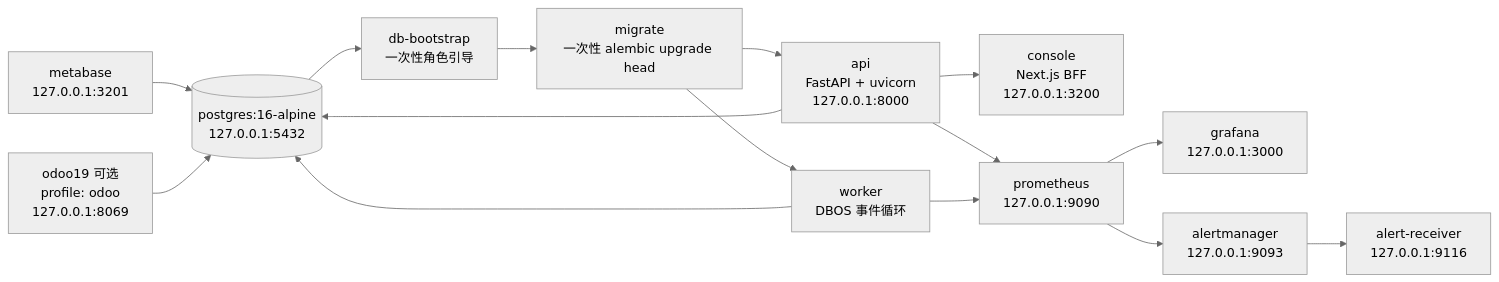
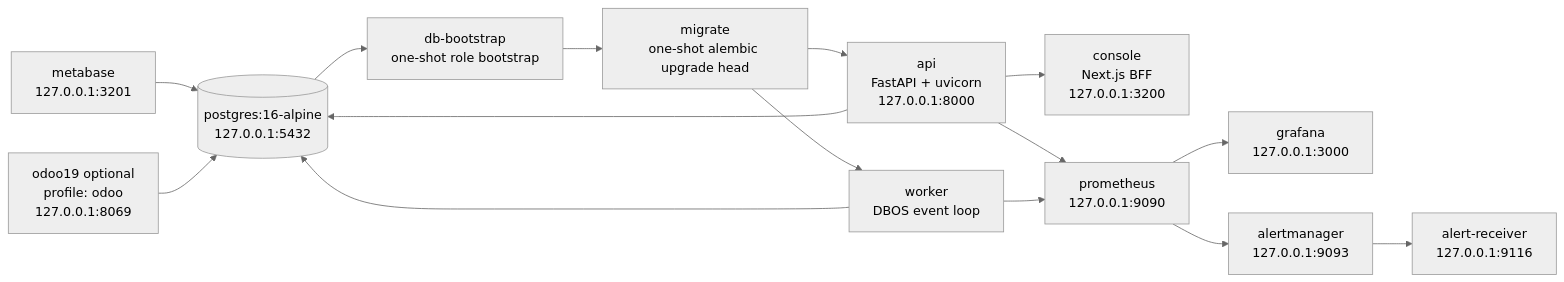
The diagram in infra/README.md (ratiolin/commerce-orchestrator), drawn with Mermaid (neutral theme) before and after one commit. The commit also changed other lines of this file and 4 other files, not shown here.

````diff
--- a/infra/README.md
+++ b/infra/README.md
@@ -27,28 +27,28 @@
 ```mermaid
 flowchart LR
     PG[(postgres:16-alpine\n127.0.0.1:5432)]
-    DBB[db-bootstrap\n一次性角色引导]
-    MIG[migrate\n一次性 alembic upgrade head]
+    DBB[db-bootstrap\none-shot role bootstrap]
+    MIG[migrate\none-shot alembic upgrade head]
     API[api\nFastAPI + uvicorn\n127.0.0.1:8000]
-    WK[worker\nDBOS 事件循环]
+    WK[worker\nDBOS event loop]
     CON[console\nNext.js BFF\n127.0.0.1:3200]
     PRO[prometheus\n127.0.0.1:9090]
     GRA[grafana\n127.0.0.1:3000]
     AM[alertmanager\n127.0.0.1:9093]
     AR[alert-receiver\n127.0.0.1:9116]
     MB[metabase\n127.0.0.1:3201]
-    OD[odoo19 可选\nprofile: odoo\n127.0.0.1:8069]
+    OD[odoo19 optional\nprofile: odoo\n127.0.0.1:8069]
 
     PG --> DBB --> MIG
     MIG --> API
     MIG --> WK
     API --> PG
     WK --> PG
     API --> CON
     API --> PRO
     WK --> PRO
     PRO --> GRA
     PRO --> AM --> AR
     MB --> PG
     OD --> PG
 ```
````
